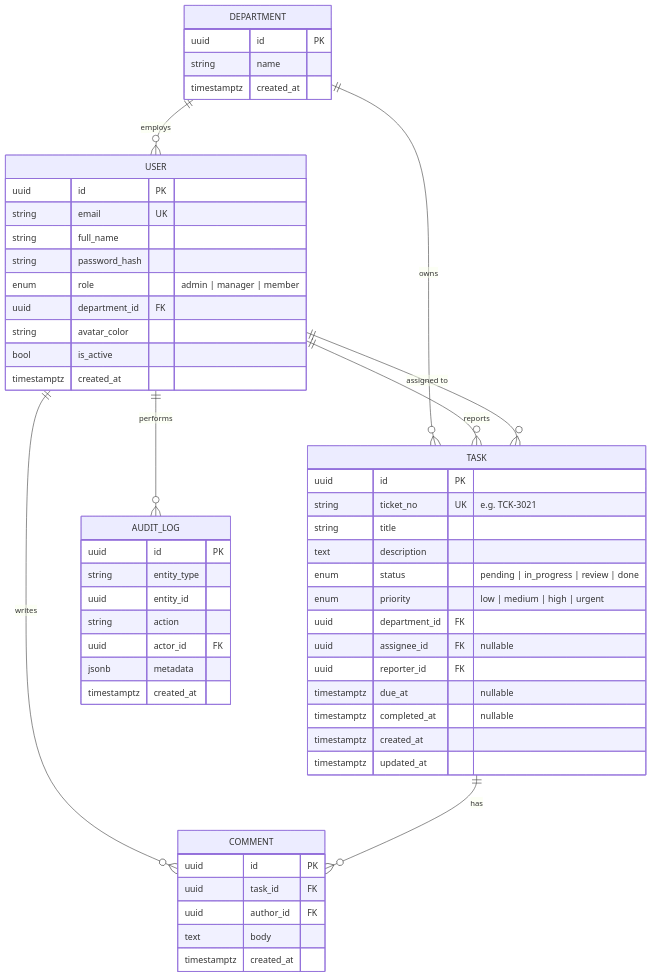
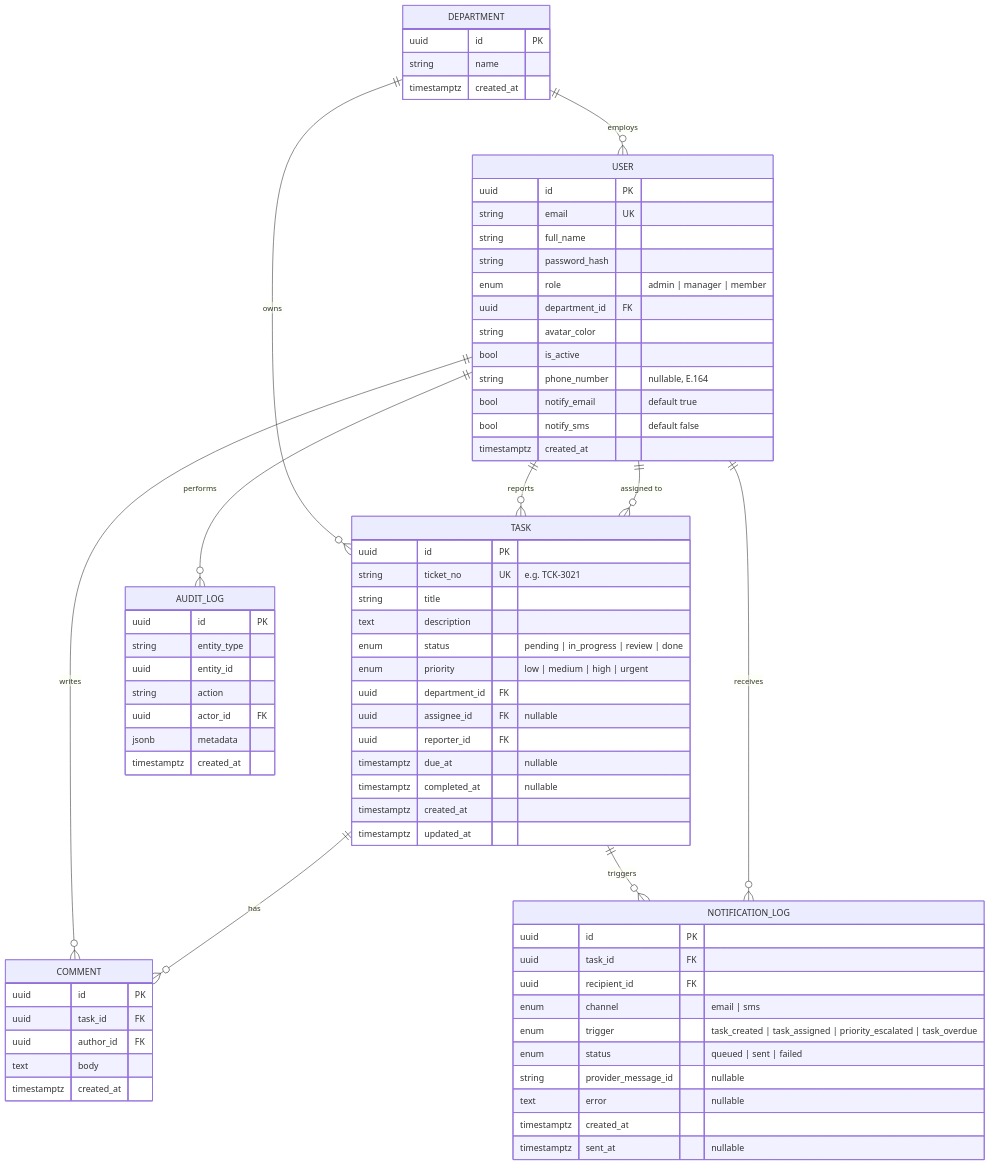
Before and after one commit to maheshmahara/Ticket-Management-System-: the diagram in docs/BACKEND_ARCHITECTURE.md, drawn with Mermaid. The commit also changed other lines of this file and 13 other files, not shown here.

````diff
--- a/docs/BACKEND_ARCHITECTURE.md
+++ b/docs/BACKEND_ARCHITECTURE.md
@@ -36,62 +38,80 @@
 ```mermaid
 erDiagram
     DEPARTMENT ||--o{ USER : "employs"
     DEPARTMENT ||--o{ TASK : "owns"
     USER ||--o{ TASK : "reports"
     USER ||--o{ TASK : "assigned to"
     USER ||--o{ COMMENT : "writes"
     TASK ||--o{ COMMENT : "has"
     USER ||--o{ AUDIT_LOG : "performs"
+    TASK ||--o{ NOTIFICATION_LOG : "triggers"
+    USER ||--o{ NOTIFICATION_LOG : "receives"
 
     DEPARTMENT {
         uuid id PK
         string name
         timestamptz created_at
     }
 
     USER {
         uuid id PK
         string email UK
         string full_name
         string password_hash
         enum role "admin | manager | member"
         uuid department_id FK
         string avatar_color
         bool is_active
+        string phone_number "nullable, E.164"
+        bool notify_email "default true"
+        bool notify_sms "default false"
         timestamptz created_at
     }
 
     TASK {
         uuid id PK
         string ticket_no UK "e.g. TCK-3021"
         string title
         text description
         enum status "pending | in_progress | review | done"
         enum priority "low | medium | high | urgent"
         uuid department_id FK
         uuid assignee_id FK "nullable"
         uuid reporter_id FK
         timestamptz due_at "nullable"
         timestamptz completed_at "nullable"
         timestamptz created_at
         timestamptz updated_at
     }
 
     COMMENT {
         uuid id PK
         uuid task_id FK
         uuid author_id FK
         text body
         timestamptz created_at
     }
 
     AUDIT_LOG {
         uuid id PK
         string entity_type
         uuid entity_id
         string action
         uuid actor_id FK
         jsonb metadata
         timestamptz created_at
     }
+
+    NOTIFICATION_LOG {
+        uuid id PK
+        uuid task_id FK
+        uuid recipient_id FK
+        enum channel "email | sms"
+        enum trigger "task_created | task_assigned | priority_escalated | task_overdue"
+        enum status "queued | sent | failed"
+        string provider_message_id "nullable"
+        text error "nullable"
+        timestamptz created_at
+        timestamptz sent_at "nullable"
+    }
 ```
````
